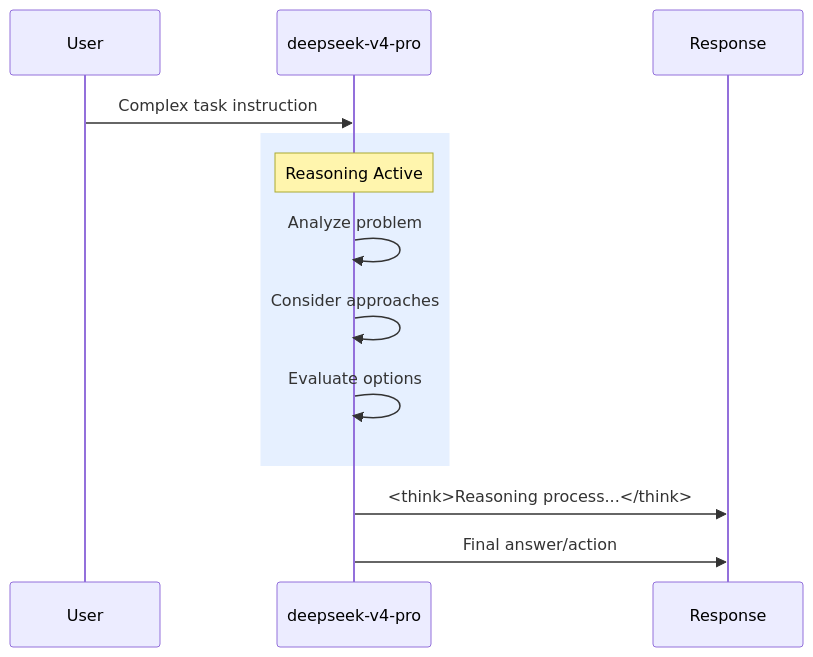
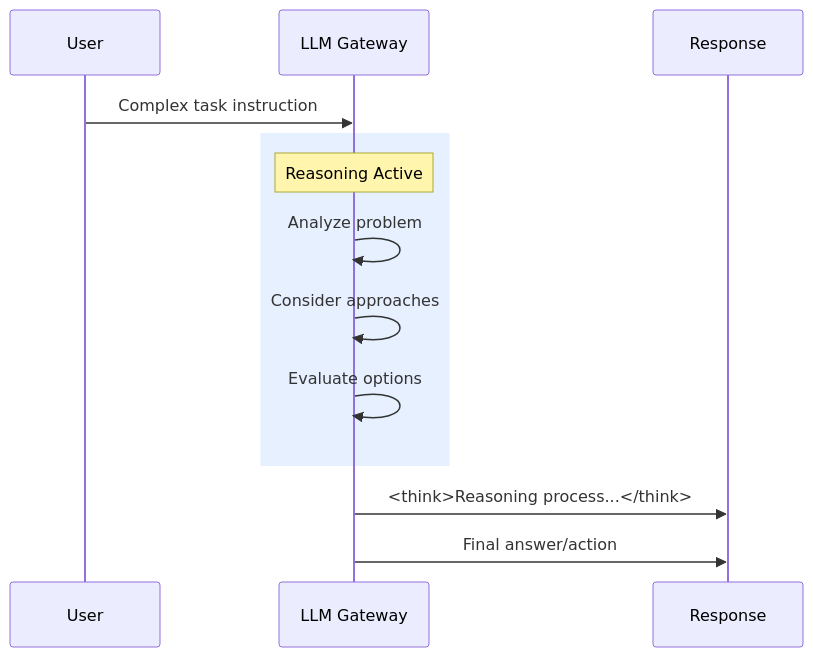
The fifth of 6 diagrams in README.md (BaseIntelligence/baseagent), drawn with Mermaid before and after one commit. The commit also changed other lines of this file and 24 other files, not shown here.

First line of the commit message:
feat(llm): route agent through the platform LLM gateway (drop DeepSeek)

````diff
--- a/README.md
+++ b/README.md
@@ -262,18 +263,18 @@
 ```mermaid
 sequenceDiagram
     participant User
-    participant Model as deepseek-v4-pro
+    participant Model as LLM Gateway
     participant Response
 
     User->>Model: Complex task instruction
     
     rect rgb(230, 240, 255)
         Note over Model: Reasoning Active
         Model->>Model: Analyze problem
         Model->>Model: Consider approaches
         Model->>Model: Evaluate options
     end
     
     Model->>Response: <think>Reasoning process...</think>
     Model->>Response: Final answer/action
 ```
````
